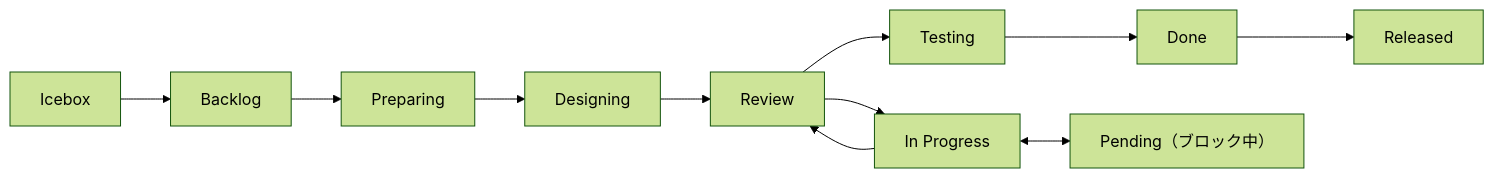
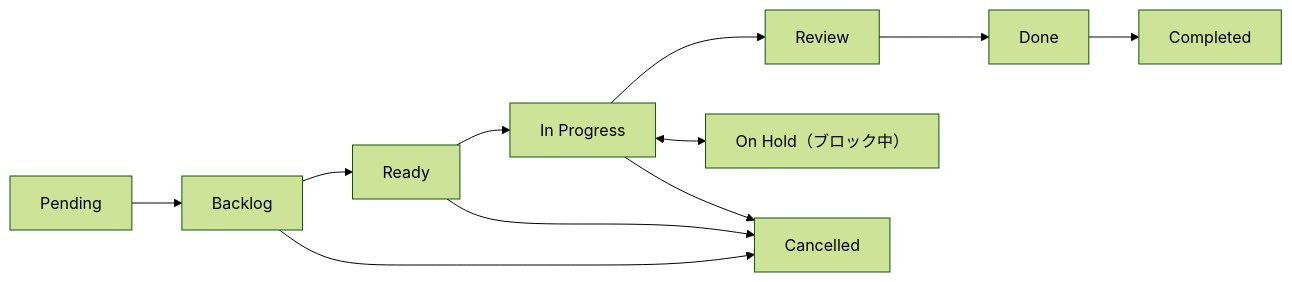
One commit to ShirokumaLibrary/shirokuma-plugins changed the diagram in shirokuma-skills-ja/skills/managing-github-items/reference/github-operations.md. Above: the diagram before and after it, drawn with Mermaid (forest theme). The commit also changed other lines of this file and 59 other files, not shown here.

````diff
--- a/shirokuma-skills-ja/skills/managing-github-items/reference/github-operations.md
+++ b/shirokuma-skills-ja/skills/managing-github-items/reference/github-operations.md
@@ -186,6 +187,10 @@
 ```mermaid
 graph LR
-  Icebox --> Backlog --> Preparing --> Designing --> Review --> InProgress[In Progress]
-  InProgress --> Review --> Testing --> Done --> Released
-  InProgress <--> Pending["Pending（ブロック中）"]
+  Pending2[Pending] --> Backlog --> Ready --> InProgress[In Progress]
+  InProgress --> Review --> Done
+  InProgress <--> OnHold["On Hold（ブロック中）"]
+  InProgress --> Cancelled
+  Backlog --> Cancelled
+  Ready --> Cancelled
+  Done --> Completed
 ```
````
